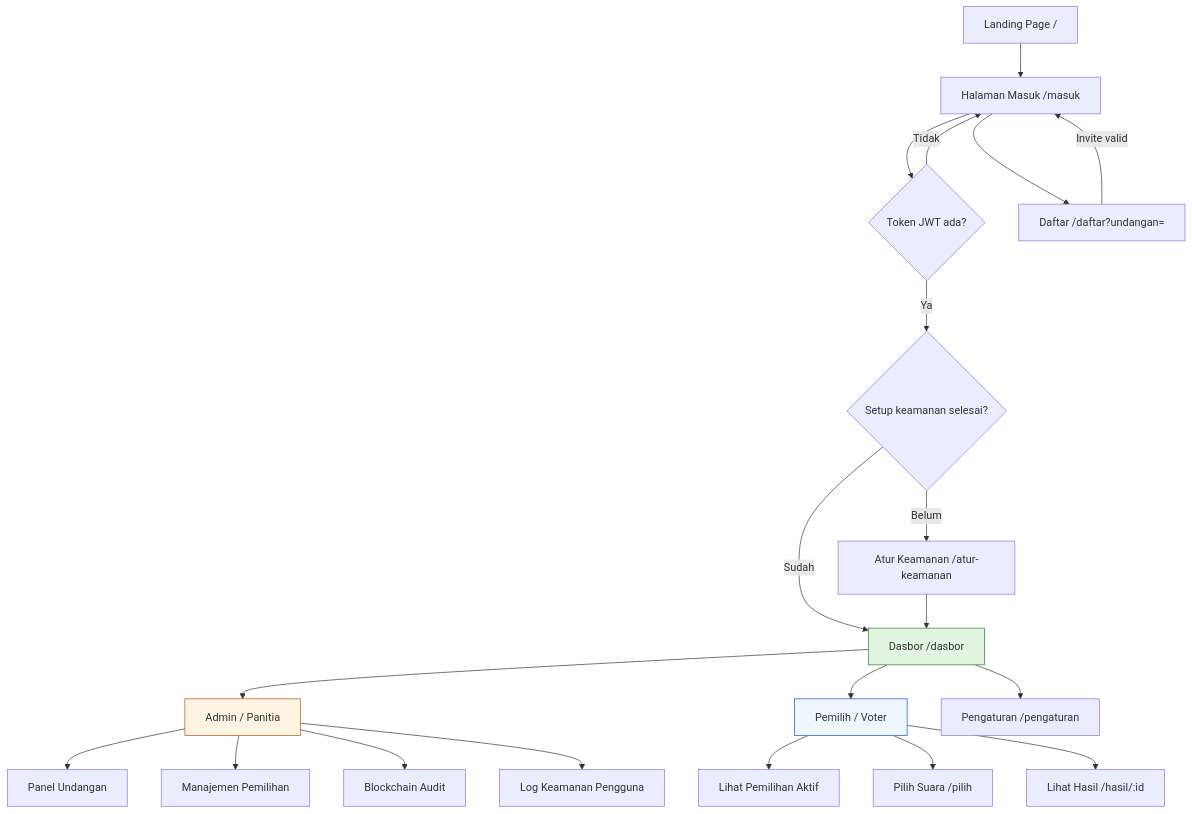
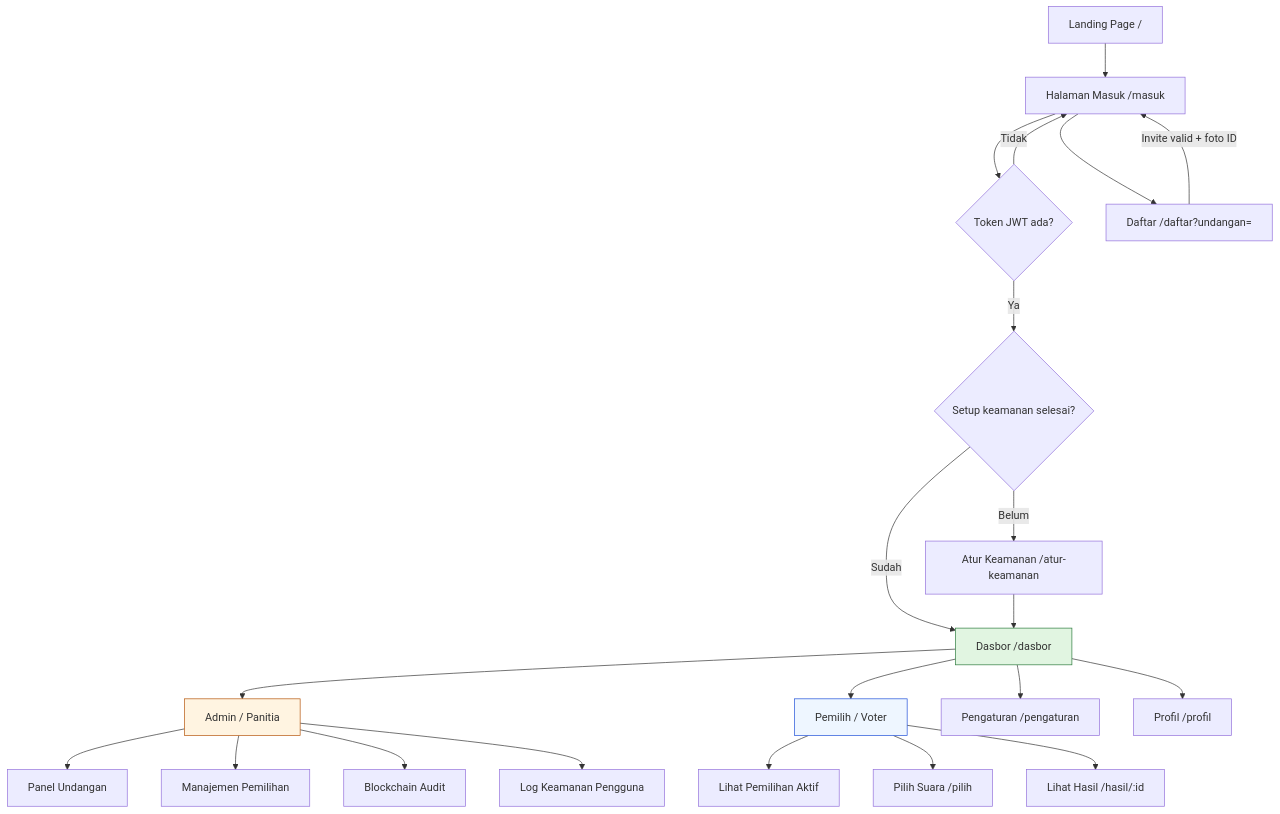
Diagram 11 of 18 in docs/dev/user-flow.md (Mesalllnya/Truecount), drawn with Mermaid before and after one commit. The commit also changed other lines of this file and 20 other files, not shown here.

First line of the commit message:
Enhance user registration flow and error handling (#68)

````diff
--- a/docs/dev/user-flow.md
+++ b/docs/dev/user-flow.md
@@ -342,31 +403,32 @@
 ```mermaid
 flowchart TD
     A[Landing Page /] --> B[Halaman Masuk /masuk]
     B --> C{Token JWT ada?}
     C -- Tidak --> B
     C -- Ya --> D{Setup keamanan selesai?}
     D -- Belum --> E[Atur Keamanan /atur-keamanan]
     D -- Sudah --> F[Dasbor /dasbor]
     E --> F
 
     F --> G[Admin / Panitia]
     F --> H[Pemilih / Voter]
 
     G --> G1[Panel Undangan]
     G --> G2[Manajemen Pemilihan]
     G --> G3[Blockchain Audit]
     G --> G4[Log Keamanan Pengguna]
 
     H --> H1[Lihat Pemilihan Aktif]
     H --> H2[Pilih Suara /pilih]
     H --> H3[Lihat Hasil /hasil/:id]
 
     F --> P[Pengaturan /pengaturan]
+    F --> Q[Profil /profil]
 
     B --> R[Daftar /daftar?undangan=]
-    R -->|Invite valid| B
+    R -->|Invite valid + foto ID| B
 
     style F fill:#e1f5e1,stroke:#2a7a3b
     style G fill:#fff4e1,stroke:#b45309
     style H fill:#eef6ff,stroke:#1d4ed8
 ```
````
